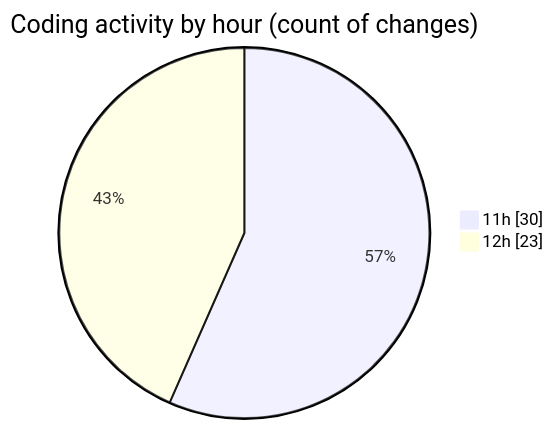
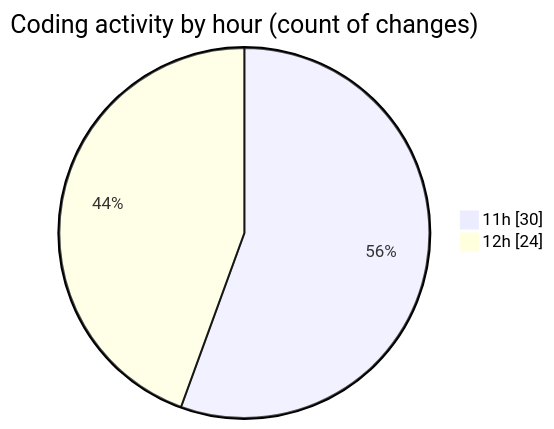
Before and after one commit to nxtqubesakshisongat/code-tracking: the second of 2 diagrams in 2025-07-13/argos/README.md, drawn with Mermaid. The commit also changed other lines of this file and 1 other file, not shown here.

````diff
--- a/2025-07-13/argos/README.md
+++ b/2025-07-13/argos/README.md
@@ -30,6 +30,6 @@
 ```mermaid
 pie showData
 title Coding activity by hour (count of changes)
 "11h" : 30
-"12h" : 23
+"12h" : 24
 ```
````
